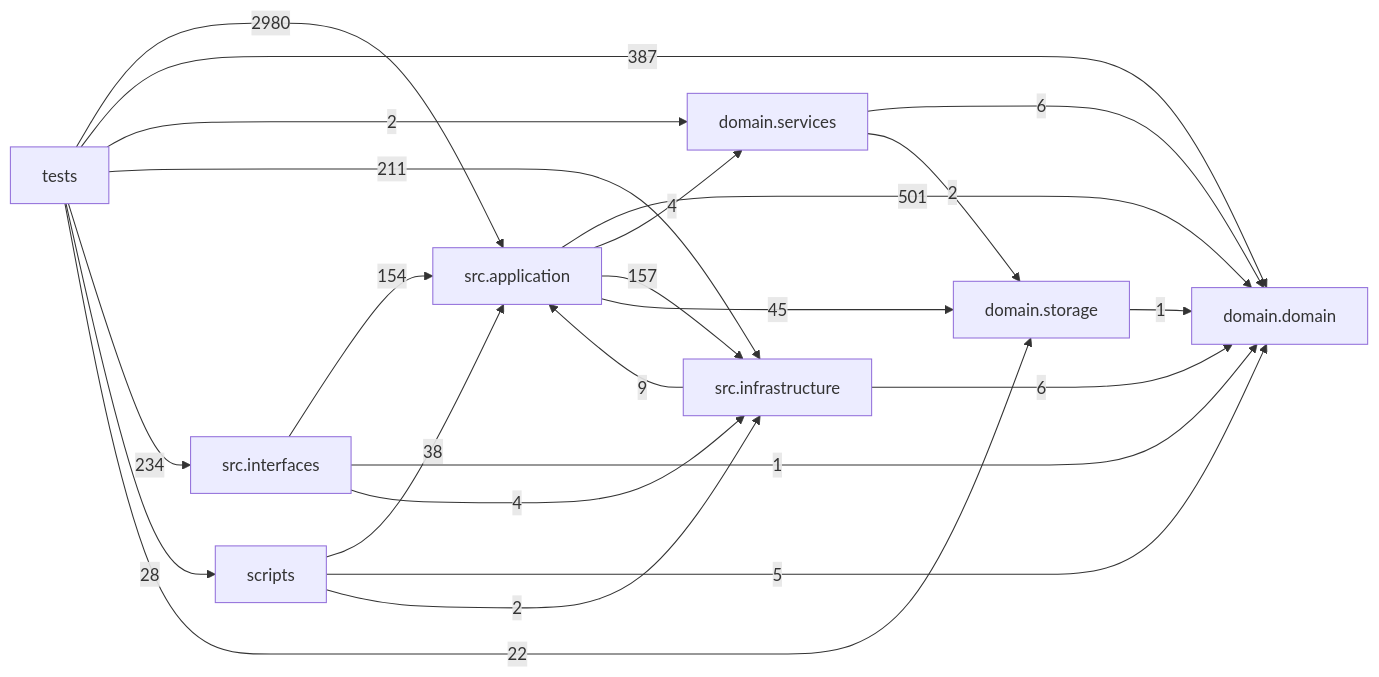
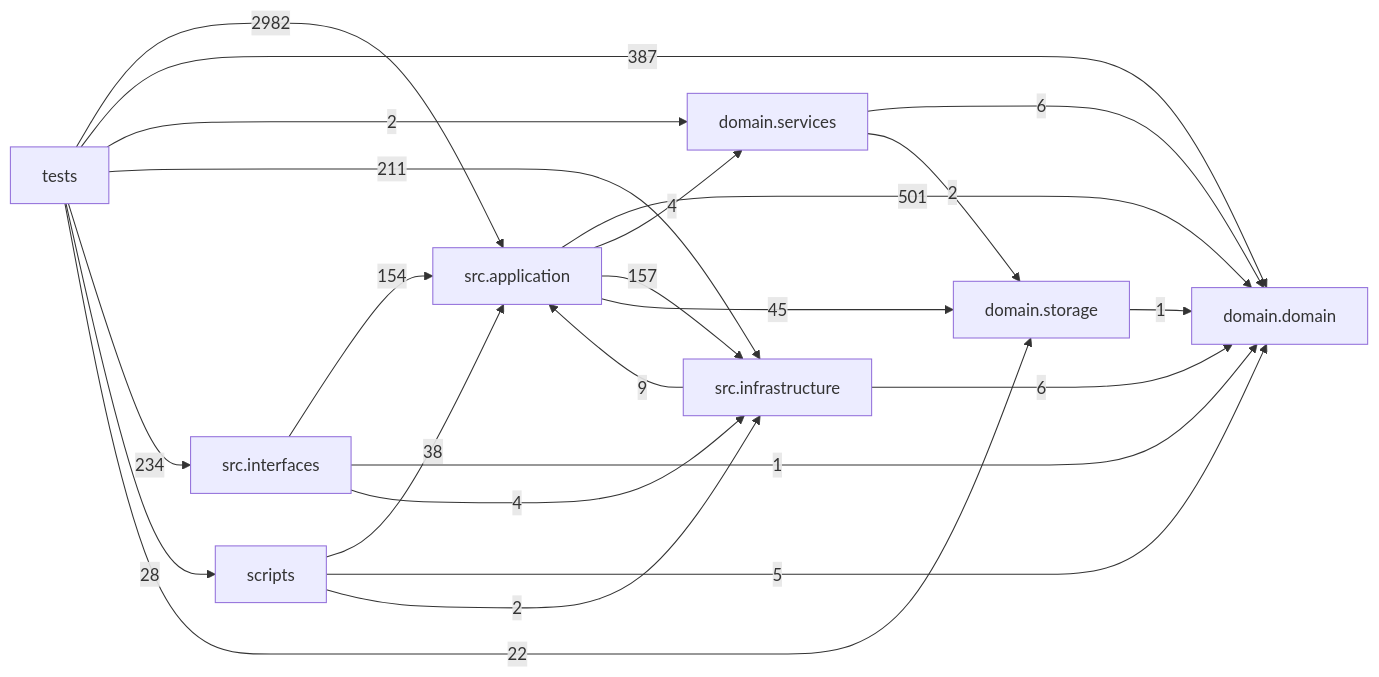
The diagram in docs/DEPENDENCY_GRAPH.md (liuxie066/options-monitor), drawn with Mermaid before and after one commit. The commit also changed other lines of this file and 10 other files, not shown here.

````diff
--- a/docs/DEPENDENCY_GRAPH.md
+++ b/docs/DEPENDENCY_GRAPH.md
@@ -24,33 +24,33 @@
 ```mermaid
 flowchart LR
   tests["tests"]
   scripts["scripts"]
   interfaces["src.interfaces"]
   application["src.application"]
   infrastructure["src.infrastructure"]
   domain_services["domain.services"]
   domain["domain.domain"]
   storage["domain.storage"]
   application -->|501| domain
   application -->|4| domain_services
   application -->|157| infrastructure
   application -->|45| storage
   domain_services -->|6| domain
   domain_services -->|2| storage
   infrastructure -->|9| application
   infrastructure -->|6| domain
   interfaces -->|154| application
   interfaces -->|1| domain
   interfaces -->|4| infrastructure
   scripts -->|38| application
   scripts -->|5| domain
   scripts -->|2| infrastructure
   storage -->|1| domain
-  tests -->|2980| application
+  tests -->|2982| application
   tests -->|387| domain
   tests -->|2| domain_services
   tests -->|211| infrastructure
   tests -->|234| interfaces
   tests -->|28| scripts
   tests -->|22| storage
 ```
````
